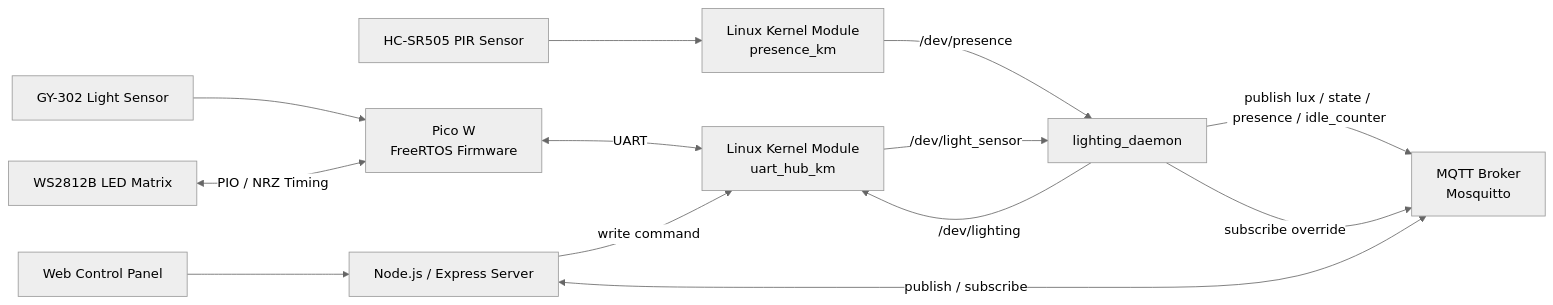
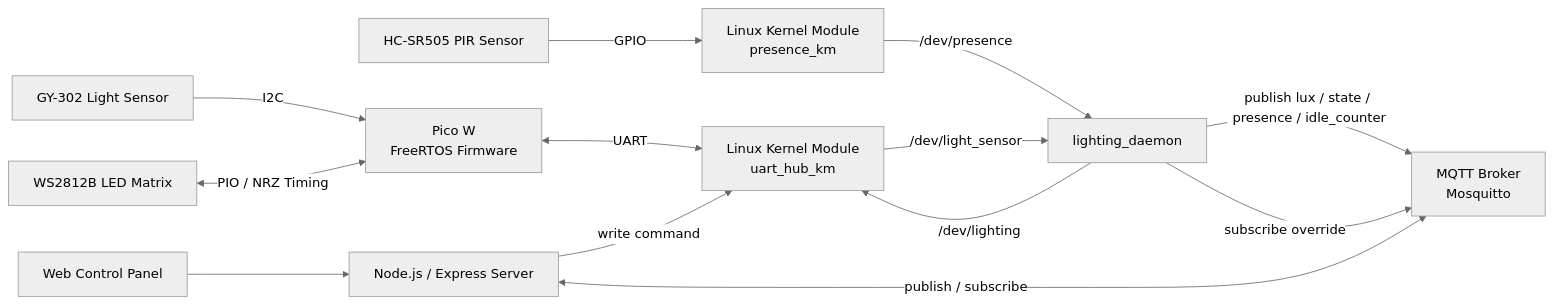
The first of 2 diagrams in README.md (Suzanne0611/smart-space-lighting-system), drawn with Mermaid (neutral theme) before and after one commit. The commit also changed other lines of this file, not shown here.

Commit message:
docs: add protocol mapping for sensors and LED module

````diff
--- a/README.md
+++ b/README.md
@@ -45,19 +45,19 @@
 ```mermaid
 flowchart LR
-    GY-302[GY-302 Light Sensor] --> PicoW[Pico W<br/>FreeRTOS Firmware]
+    GY302[GY-302 Light Sensor] -->|I2C| PicoW[Pico W<br/>FreeRTOS Firmware]
     LED[WS2812B LED Matrix] <-->|PIO / NRZ Timing| PicoW
 
-    PIR[HC-SR505 PIR Sensor] --> PresenceKM[Linux Kernel Module<br/>presence_km]
+    PIR[HC-SR505 PIR Sensor] -->|GPIO| PresenceKM[Linux Kernel Module<br/>presence_km]
     PresenceKM -->|/dev/presence| Daemon[lighting_daemon]
 
     PicoW <-->|UART| UartHub[Linux Kernel Module<br/>uart_hub_km]
     UartHub -->|/dev/light_sensor| Daemon
     Daemon -->|/dev/lighting| UartHub
 
     Daemon -->|publish lux / state / presence / idle_counter| MQTT[MQTT Broker<br/>Mosquitto]
     Daemon -->|subscribe override| MQTT
 
     WebUI[Web Control Panel] --> Server[Node.js / Express Server]
     Server <-->|publish / subscribe| MQTT
     Server -->|write command| UartHub
 ```
````
